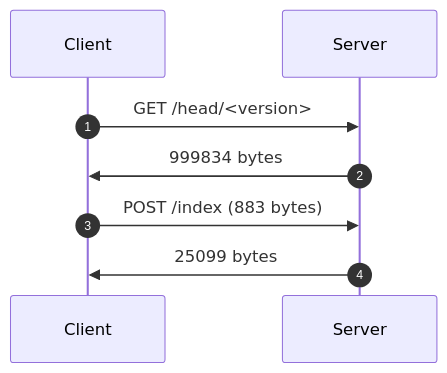
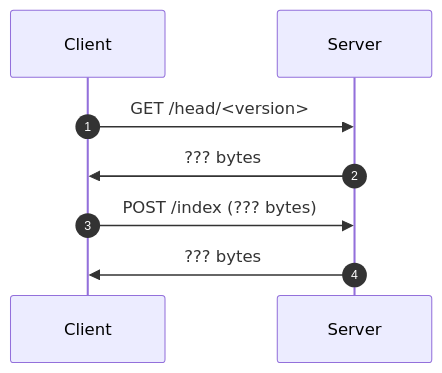
One commit to bitmeta69/securedrop changed the third of 4 diagrams in PROPOSAL.md. Above: the diagram before and after it, drawn with Mermaid. The commit also changed other lines of this file and 3 other files, not shown here.

````diff
--- a/PROPOSAL.md
+++ b/PROPOSAL.md
@@ -109,13 +110,13 @@
 ```mermaid
 sequenceDiagram
 autonumber
 
 participant Client
 participant Server
 
 Client ->> Server: GET /head/<version>
-Server ->> Client: 999834 bytes
+Server ->> Client: ??? bytes
 
-Client ->> Server: POST /index (883 bytes)
-Server ->> Client: 25099 bytes
+Client ->> Server: POST /index (??? bytes)
+Server ->> Client: ??? bytes
 ```
````
